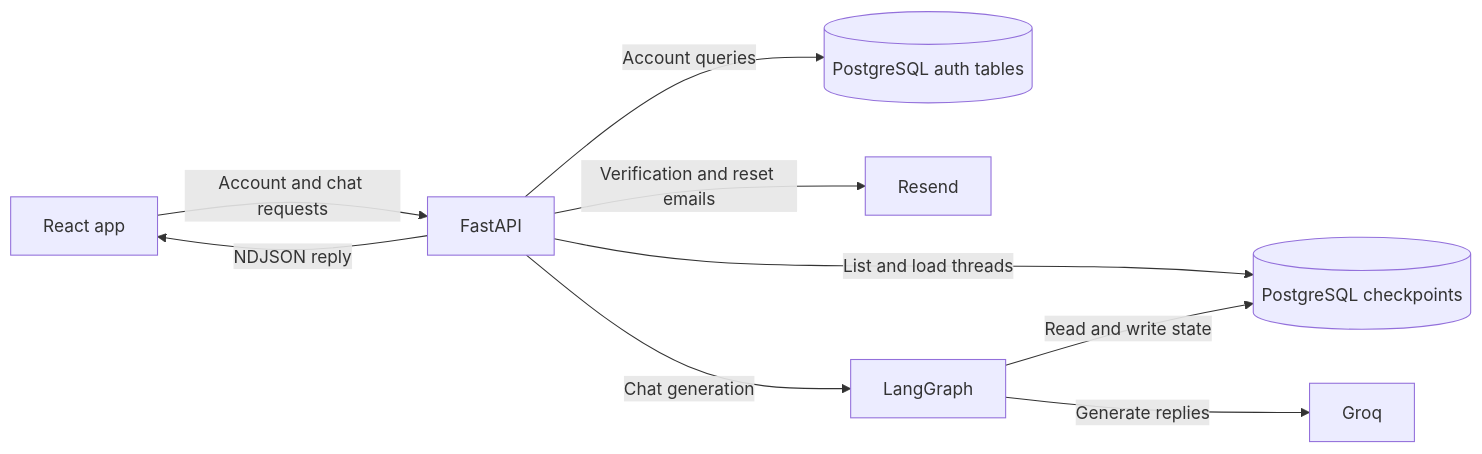
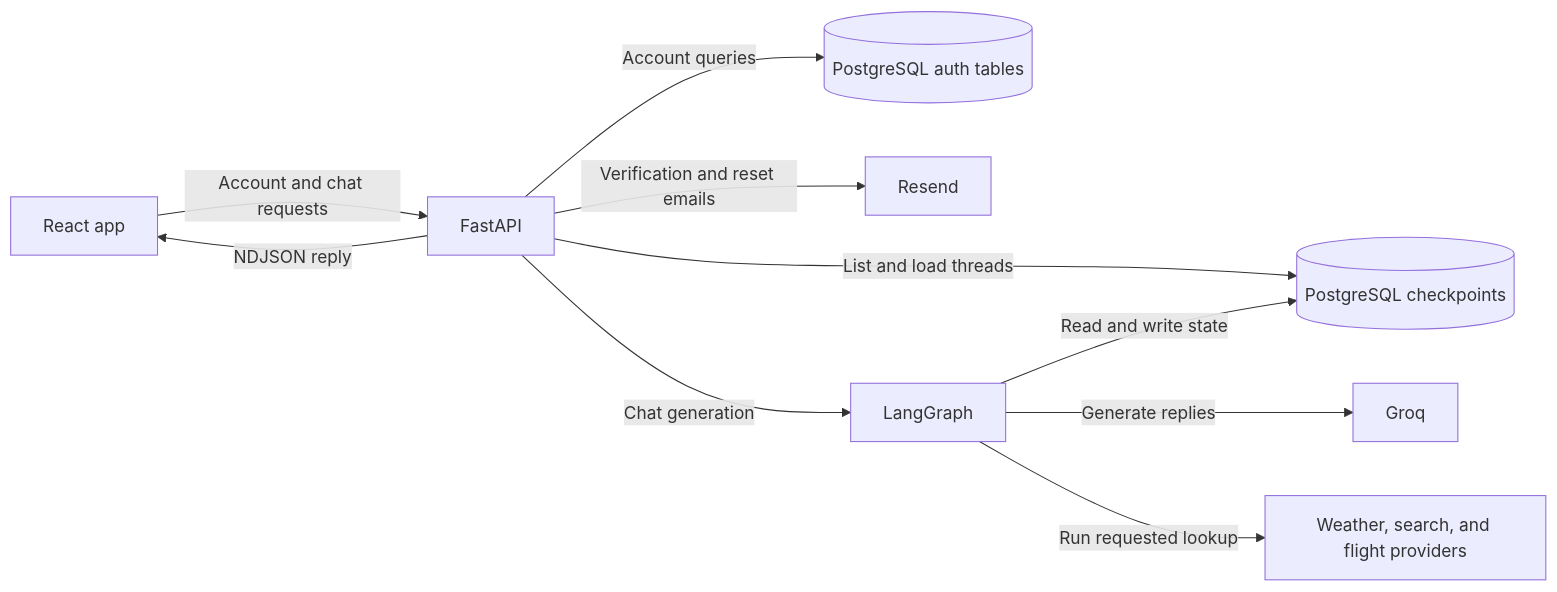
Before and after one commit to piyushrajtiwari/mainchatbot-backend: the diagram in doc/PROJECT_GUIDE.md, drawn with Mermaid. The commit also changed other lines of this file and 2 other files, not shown here.

````diff
--- a/doc/PROJECT_GUIDE.md
+++ b/doc/PROJECT_GUIDE.md
@@ -17,11 +17,12 @@
 ```mermaid
 flowchart LR
     Browser[React app] -->|Account and chat requests| API[FastAPI]
     API -->|Account queries| AuthDB[(PostgreSQL auth tables)]
     API -->|Verification and reset emails| Resend
     API -->|Chat generation| Graph[LangGraph]
     API -->|List and load threads| Checkpoints[(PostgreSQL checkpoints)]
     Graph -->|Read and write state| Checkpoints
     Graph -->|Generate replies| Groq
+    Graph -->|Run requested lookup| Tools[Weather, search, and flight providers]
     API -->|NDJSON reply| Browser
 ```
````
